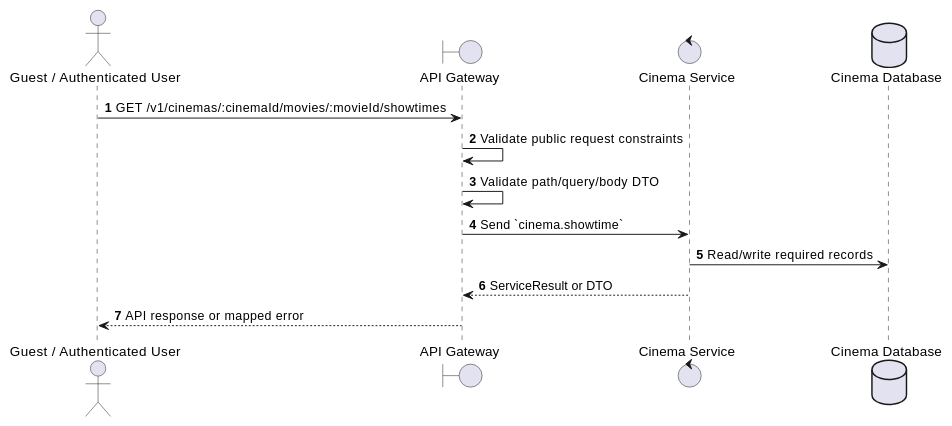
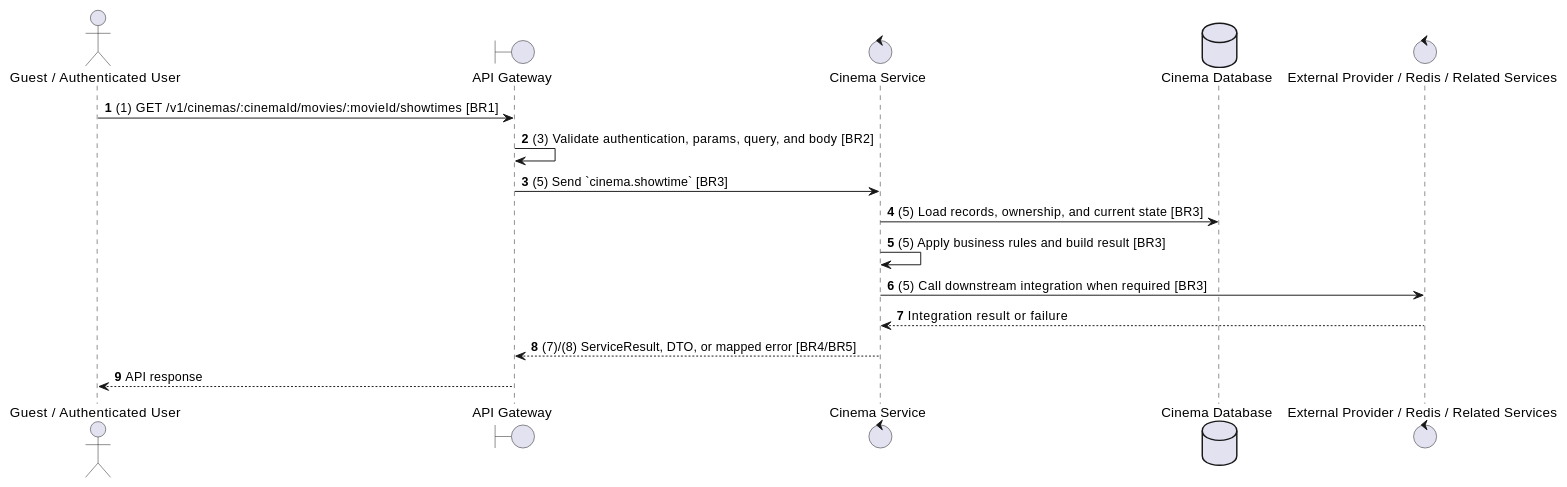
The second of 2 diagrams in docs/functional_specs/3.4_Showtime_Scheduling/ST-07_Get_Movie_Showtimes_at_Cinema.md (Tanh1603/movie-hub-architecture), drawn with PlantUML before and after one commit. The commit also changed other lines of this file and 129 other files, not shown here.

````diff
--- a/docs/functional_specs/3.4_Showtime_Scheduling/ST-07_Get_Movie_Showtimes_at_Cinema.md
+++ b/docs/functional_specs/3.4_Showtime_Scheduling/ST-07_Get_Movie_Showtimes_at_Cinema.md
@@ -17,17 +64,20 @@
 ```plantuml
 @startuml
 autonumber
 actor "Guest / Authenticated User" as Actor
 boundary "API Gateway" as GW
 control "Cinema Service" as SVC
 database "Cinema Database" as DB
+control "External Provider / Redis / Related Services" as EXT
 
-Actor -> GW: GET /v1/cinemas/:cinemaId/movies/:movieId/showtimes
-GW -> GW: Validate public request constraints
-GW -> GW: Validate path/query/body DTO
-GW -> SVC: Send `cinema.showtime`
-SVC -> DB: Read/write required records
-SVC --> GW: ServiceResult or DTO
-GW --> Actor: API response or mapped error
+Actor -> GW: (1) GET /v1/cinemas/:cinemaId/movies/:movieId/showtimes [BR1]
+GW -> GW: (3) Validate authentication, params, query, and body [BR2]
+GW -> SVC: (5) Send `cinema.showtime` [BR3]
+SVC -> DB: (5) Load records, ownership, and current state [BR3]
+SVC -> SVC: (5) Apply business rules and build result [BR3]
+SVC -> EXT: (5) Call downstream integration when required [BR3]
+EXT --> SVC: Integration result or failure
+SVC --> GW: (7)/(8) ServiceResult, DTO, or mapped error [BR4/BR5]
+GW --> Actor: API response
 @enduml
 ```
````
